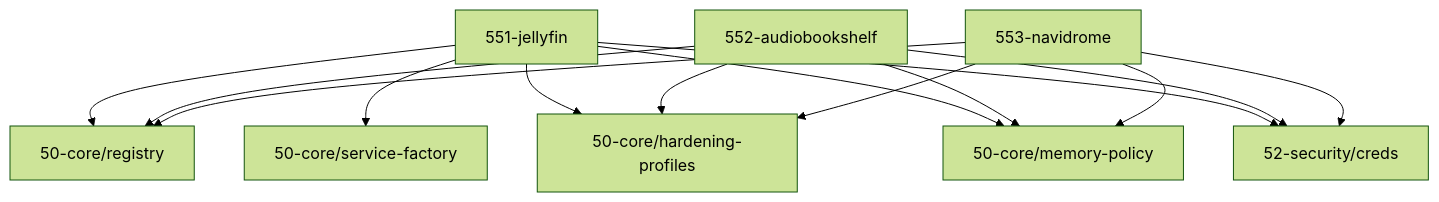
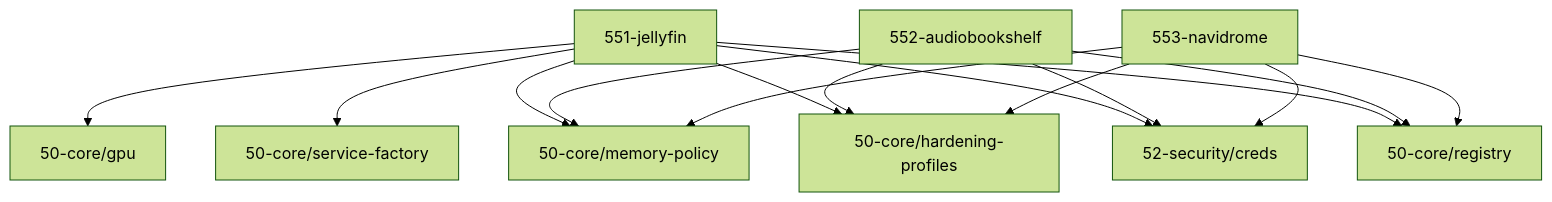
The diagram in 55-playback/AGENTS.md (grapefruit89/mediNix-core), drawn with Mermaid (forest theme) before and after one commit. The commit also changed other lines of this file and 4 other files, not shown here.

Commit message:
feat: rescue 4 gold nuggets from legacy (vpn-killswitch-test, arr-provision tests, .NET MDWE & syscall guardrails, jellyfin gpu wiring)

````diff
--- a/55-playback/AGENTS.md
+++ b/55-playback/AGENTS.md
@@ -62,16 +63,17 @@
 ```mermaid
 graph TD
   551_jellyfin["551-jellyfin"] --> registry["50-core/registry"]
   551_jellyfin["551-jellyfin"] --> service_factory["50-core/service-factory"]
   551_jellyfin["551-jellyfin"] --> hardening_profiles["50-core/hardening-profiles"]
   551_jellyfin["551-jellyfin"] --> memory_policy["50-core/memory-policy"]
   551_jellyfin["551-jellyfin"] --> creds["52-security/creds"]
+  551_jellyfin["551-jellyfin"] --> gpu["50-core/gpu"]
   552_audiobookshelf["552-audiobookshelf"] --> creds["52-security/creds"]
   552_audiobookshelf["552-audiobookshelf"] --> registry["50-core/registry"]
   552_audiobookshelf["552-audiobookshelf"] --> hardening_profiles["50-core/hardening-profiles"]
   552_audiobookshelf["552-audiobookshelf"] --> memory_policy["50-core/memory-policy"]
   553_navidrome["553-navidrome"] --> creds["52-security/creds"]
   553_navidrome["553-navidrome"] --> registry["50-core/registry"]
   553_navidrome["553-navidrome"] --> hardening_profiles["50-core/hardening-profiles"]
   553_navidrome["553-navidrome"] --> memory_policy["50-core/memory-policy"]
 ```
````
